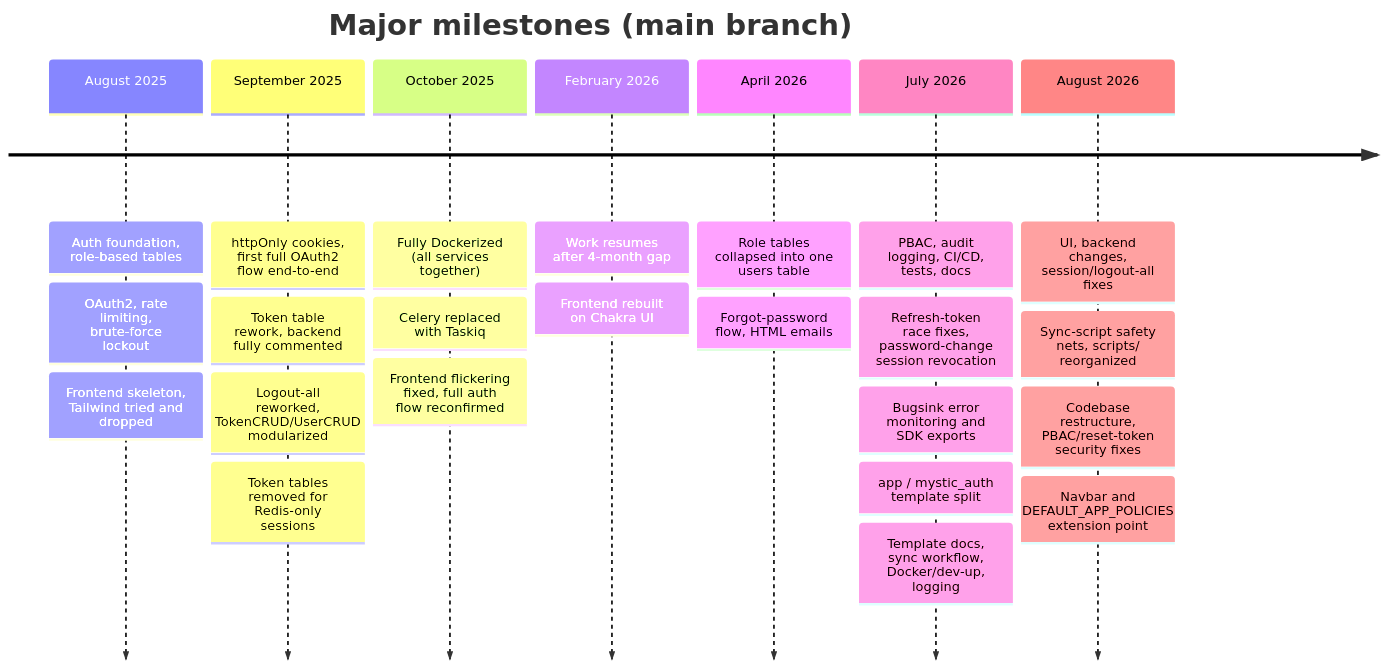
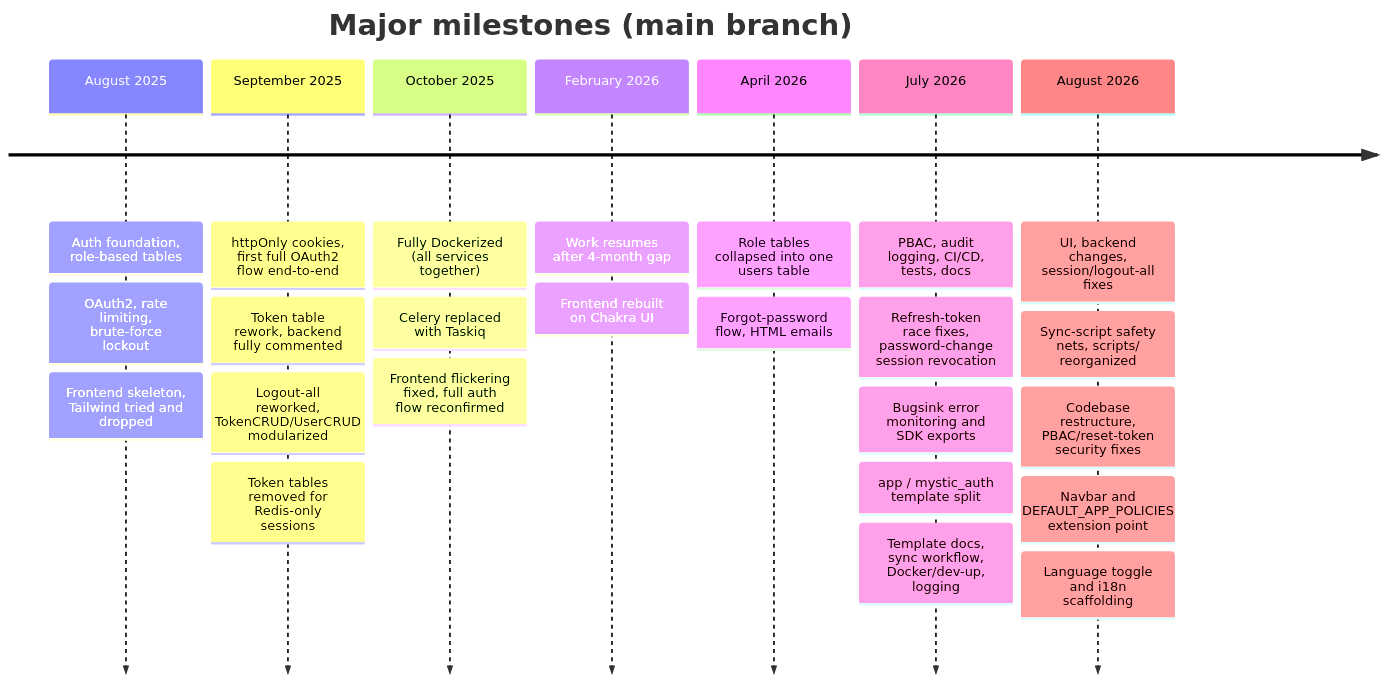
The diagram in docs/mystic_auth/project-story/README.md (Nachiket-2024/mystic-auth), drawn with Mermaid before and after one commit. The commit also changed other lines of this file and 193 other files, not shown here.

Commit message:
Added multilingual support with language toggle and error translations

````diff
--- a/docs/mystic_auth/project-story/README.md
+++ b/docs/mystic_auth/project-story/README.md
@@ -37,27 +37,28 @@
 ```mermaid
 timeline
     title Major milestones (main branch)
     August 2025: Auth foundation, role-based tables
             : OAuth2, rate limiting, brute-force lockout
             : Frontend skeleton, Tailwind tried and dropped
     September 2025: httpOnly cookies, first full OAuth2 flow end-to-end
             : Token table rework, backend fully commented
             : Logout-all reworked, TokenCRUD/UserCRUD modularized
             : Token tables removed for Redis-only sessions
     October 2025: Fully Dockerized (all services together)
             : Celery replaced with Taskiq
             : Frontend flickering fixed, full auth flow reconfirmed
     February 2026: Work resumes after 4-month gap
             : Frontend rebuilt on Chakra UI
     April 2026: Role tables collapsed into one users table
             : Forgot-password flow, HTML emails
     July 2026: PBAC, audit logging, CI/CD, tests, docs
             : Refresh-token race fixes, password-change session revocation
             : Bugsink error monitoring and SDK exports
             : app / mystic_auth template split
             : Template docs, sync workflow, Docker/dev-up, logging
     August 2026: UI, backend changes, session/logout-all fixes
             : Sync-script safety nets, scripts/ reorganized
             : Codebase restructure, PBAC/reset-token security fixes
             : Navbar and DEFAULT_APP_POLICIES extension point
+            : Language toggle and i18n scaffolding
 ```
````
